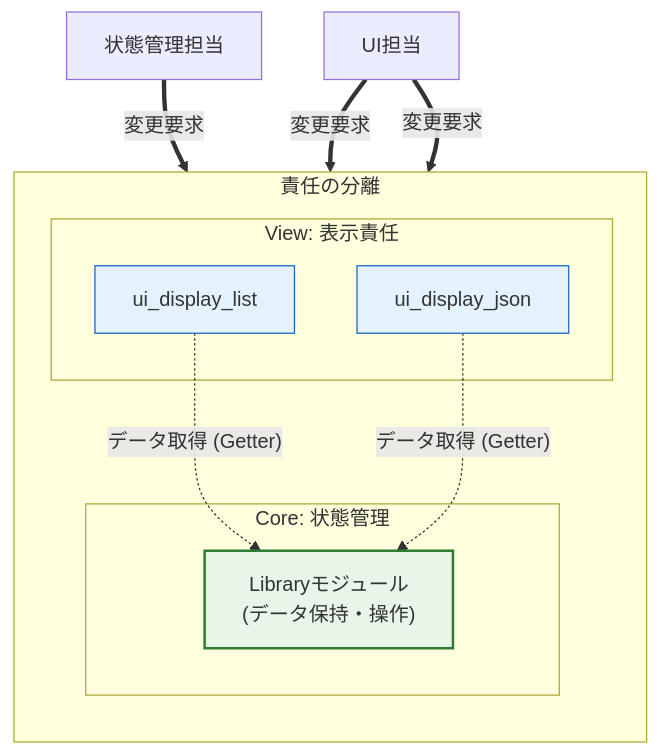
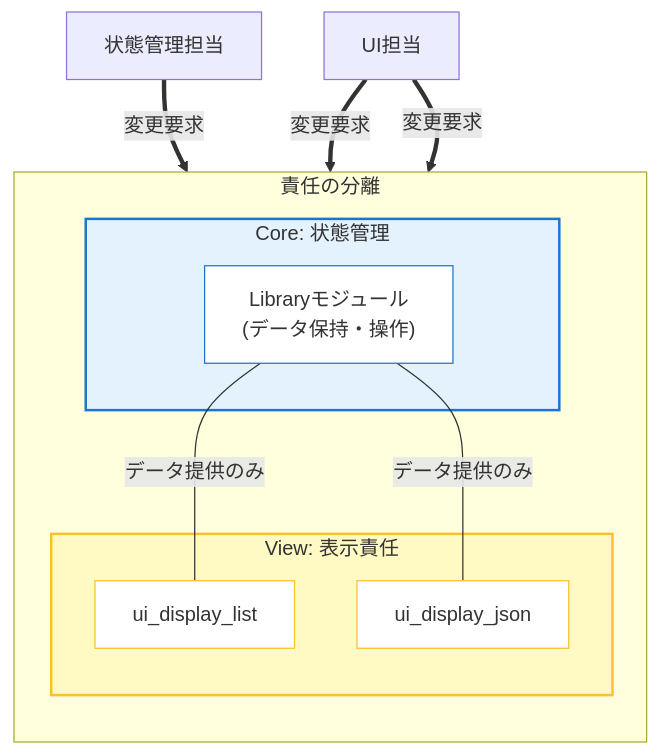
Before and after one commit to kumachan1101/BookProject: the fourth of 4 diagrams in 01_原稿/12_第2部 第8章 単一責任原則 (SRP) 変更の軸を明確にする設計指針_02.md, drawn with Mermaid. The commit also changed other lines of this file and 73 other files, not shown here.

````diff
--- a/01_原稿/12_第2部 第8章 単一責任原則 (SRP) 変更の軸を明確にする設計指針_02.md
+++ b/01_原稿/12_第2部 第8章 単一責任原則 (SRP) 変更の軸を明確にする設計指針_02.md
@@ -808,27 +792,28 @@
 ```mermaid
 graph TB
       subgraph Separation ["責任の分離"]
           direction TB
 
           subgraph LogicLayer ["Core: 状態管理"]
               Lib["Libraryモジュール<br/>(データ保持・操作)"]
           end
 
           subgraph UILayer ["View: 表示責任"]
               List["ui_display_list"]
               JSON["ui_display_json"]
           end
+
+          Lib ---|"データ提供のみ"| List
+          Lib ---|"データ提供のみ"| JSON
       end
 
       Actor1["状態管理担当"] ==>|"変更要求"| Lib
-
       Actor2["UI担当"] ==>|"変更要求"| List
       Actor2 ==>|"変更要求"| JSON
 
-      List -.->|"データ取得 (Getter)"| Lib
-      JSON -.->|"データ取得 (Getter)"| Lib
-
-      style Lib fill:#e8f5e9,stroke:#2e7d32,stroke-width:2px
-      style List fill:#e3f2fd,stroke:#1565c0
-      style JSON fill:#e3f2fd,stroke:#1565c0
+      style LogicLayer fill:#e3f2fd,stroke:#1976d2,stroke-width:2px
+      style UILayer fill:#fff9c4,stroke:#fbc02d,stroke-width:2px
+      style Lib fill:#ffffff,stroke:#1976d2
+      style List fill:#ffffff,stroke:#fbc02d
+      style JSON fill:#ffffff,stroke:#fbc02d
 ```
````
